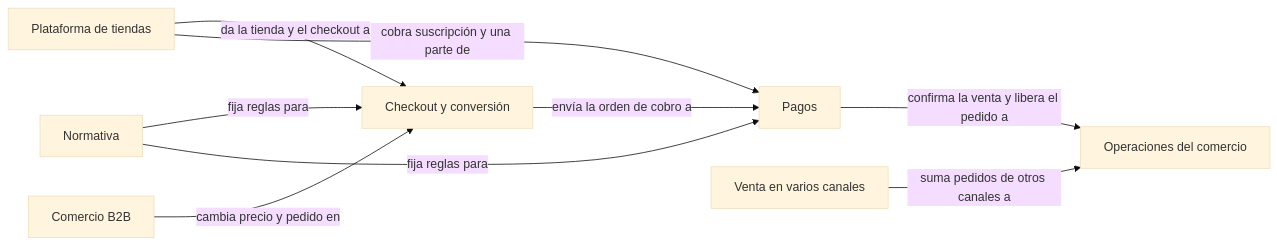
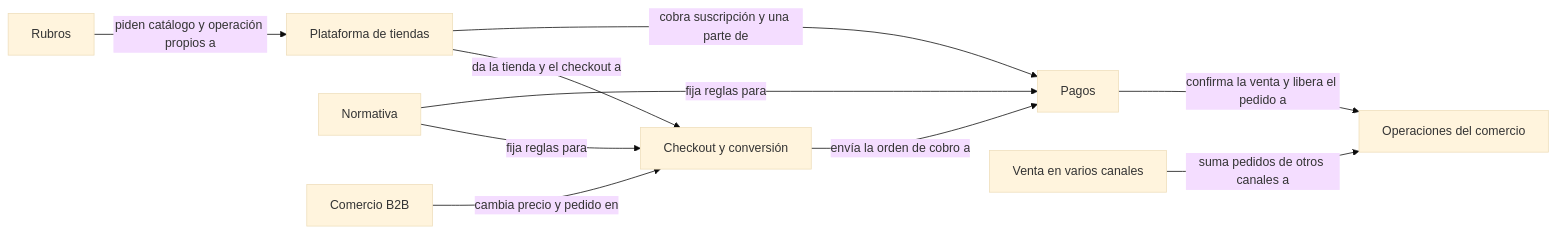
The diagram in Comercio-electronico/comercio-electronico.md (mtsdlf/conocimiento), drawn with Mermaid (base theme) before and after one commit. The commit also changed other lines of this file and 14 other files, not shown here.

````diff
--- a/Comercio-electronico/comercio-electronico.md
+++ b/Comercio-electronico/comercio-electronico.md
@@ -45,11 +45,12 @@
 ```mermaid
 flowchart LR
   P[Plataforma de tiendas] -->|da la tienda y el checkout a| C[Checkout y conversión]
   C -->|envía la orden de cobro a| G[Pagos]
   G -->|confirma la venta y libera el pedido a| O[Operaciones del comercio]
   V[Venta en varios canales] -->|suma pedidos de otros canales a| O
   N[Normativa] -->|fija reglas para| C
   N -->|fija reglas para| G
   P -->|cobra suscripción y una parte de| G
   B[Comercio B2B] -->|cambia precio y pedido en| C
+  R[Rubros] -->|piden catálogo y operación propios a| P
 ```
````
